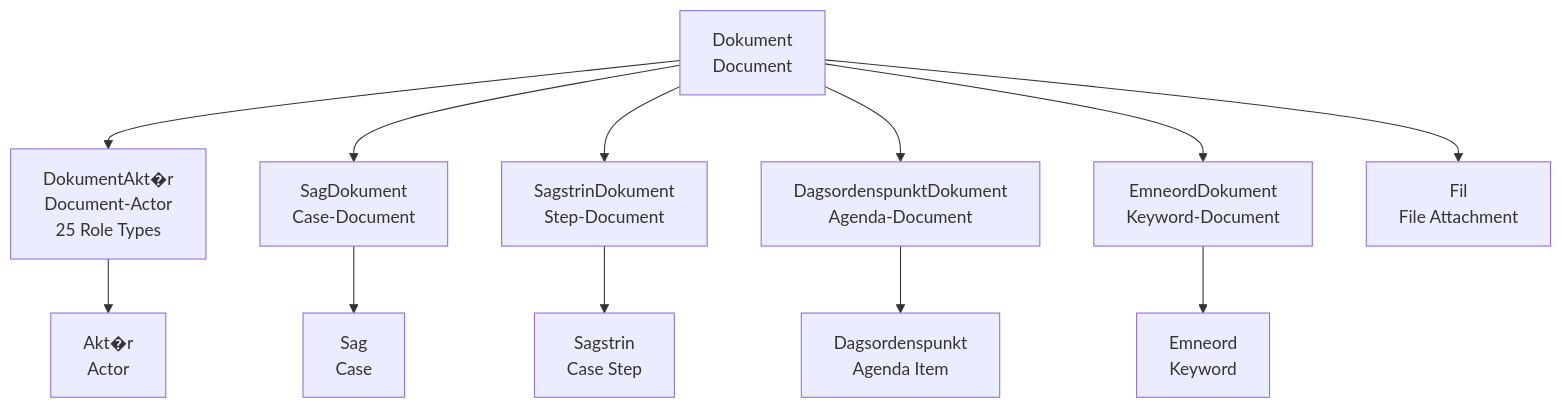
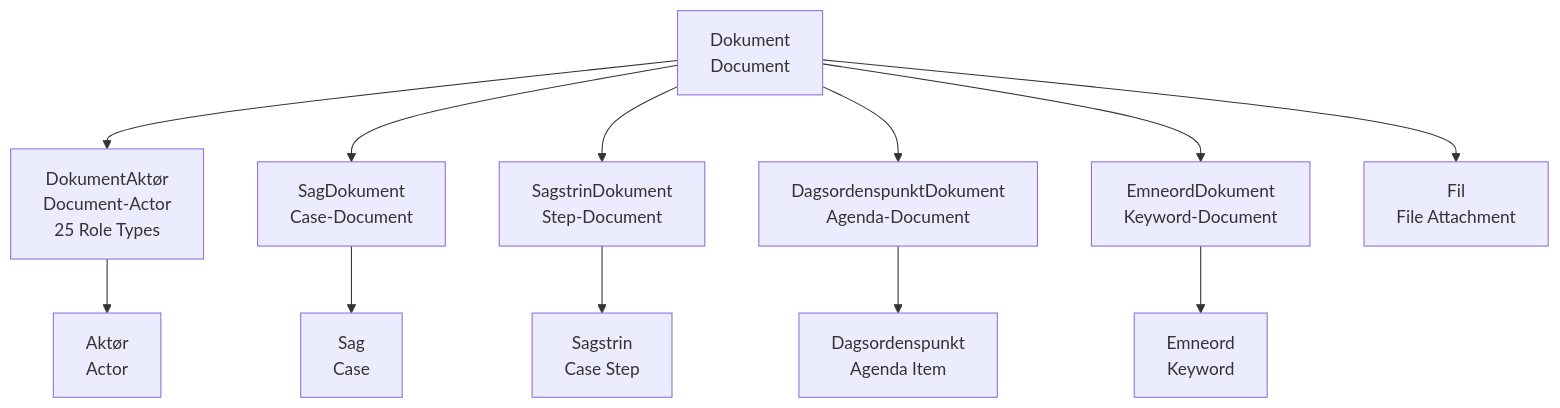
Before and after one commit to Brokk-Sindre/ft-oda-documentation: the third of 5 diagrams in docs/data-model/entity-relationships.md, drawn with Mermaid. The commit also changed other lines of this file and 33 other files, not shown here.

````diff
--- a/docs/data-model/entity-relationships.md
+++ b/docs/data-model/entity-relationships.md
@@ -104,15 +104,15 @@
 ```mermaid
 graph TB
-    A[Dokument<br/>Document] --> B[DokumentAkt�r<br/>Document-Actor<br/>25 Role Types]
+    A[Dokument<br/>Document] --> B[DokumentAktør<br/>Document-Actor<br/>25 Role Types]
     A --> C[SagDokument<br/>Case-Document]
     A --> D[SagstrinDokument<br/>Step-Document]
     A --> E[DagsordenspunktDokument<br/>Agenda-Document]
     A --> F[EmneordDokument<br/>Keyword-Document]
     A --> G[Fil<br/>File Attachment]
     
-    B --> H[Akt�r<br/>Actor]
+    B --> H[Aktør<br/>Actor]
     C --> I[Sag<br/>Case]
     D --> J[Sagstrin<br/>Case Step]
     E --> K[Dagsordenspunkt<br/>Agenda Item]
     F --> L[Emneord<br/>Keyword]
 ```
````
